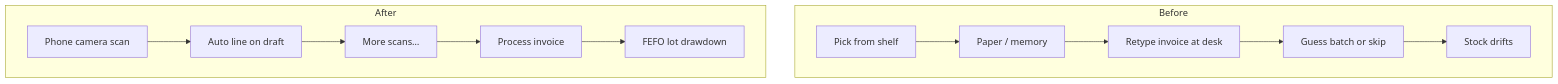
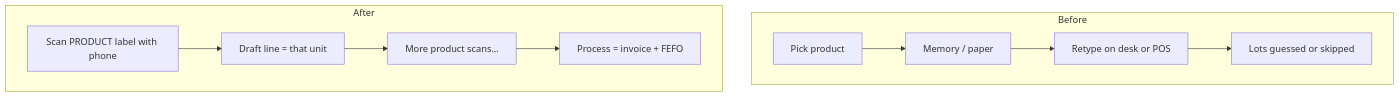
Before and after one commit to avinashbengaluru/ai-product-case-studies: the first of 2 diagrams in case-studies/02-scan-to-invoice-stock.md, drawn with Mermaid. The commit also changed other lines of this file and 4 other files, not shown here.

First line of the commit message:
Lead scan case study with no-POS and product-not-box problem.

````diff
--- a/case-studies/02-scan-to-invoice-stock.md
+++ b/case-studies/02-scan-to-invoice-stock.md
@@ -66,15 +81,13 @@
 ```mermaid
 flowchart TB
   subgraph before [Before]
-    P1[Pick from shelf] --> P2[Paper / memory]
-    P2 --> P3[Retype invoice at desk]
-    P3 --> P4[Guess batch or skip]
-    P4 --> P5[Stock drifts]
+    P1[Pick product] --> P2[Memory / paper]
+    P2 --> P3[Retype on desk or POS]
+    P3 --> P4[Lots guessed or skipped]
   end
   subgraph after [After]
-    Q1[Phone camera scan] --> Q2[Auto line on draft]
-    Q2 --> Q3[More scans…]
-    Q3 --> Q4[Process invoice]
-    Q4 --> Q5[FEFO lot drawdown]
+    Q1[Scan PRODUCT label with phone] --> Q2[Draft line = that unit]
+    Q2 --> Q3[More product scans…]
+    Q3 --> Q4[Process = invoice + FEFO]
   end
 ```
````
